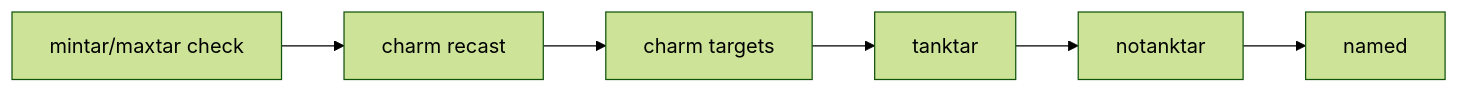
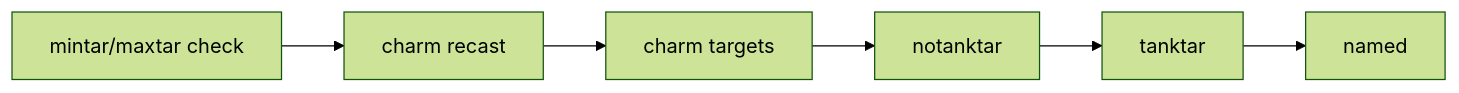
The diagram in docs/spell-targeting-and-bands.md (Cezero/czbot), drawn with Mermaid (forest theme) before and after one commit. The commit also changed other lines of this file and 4 other files, not shown here.

````diff
--- a/docs/spell-targeting-and-bands.md
+++ b/docs/spell-targeting-and-bands.md
@@ -74,10 +74,10 @@
 ```mermaid
 flowchart LR
     campCountCheck[mintar/maxtar check]
     charmRecast[charm recast]
     charmTargets[charm targets]
     tanktar[tanktar]
     notanktar[notanktar]
     named[named]
-    campCountCheck --> charmRecast --> charmTargets --> tanktar --> notanktar --> named
+    campCountCheck --> charmRecast --> charmTargets --> notanktar --> tanktar --> named
 ```
````
